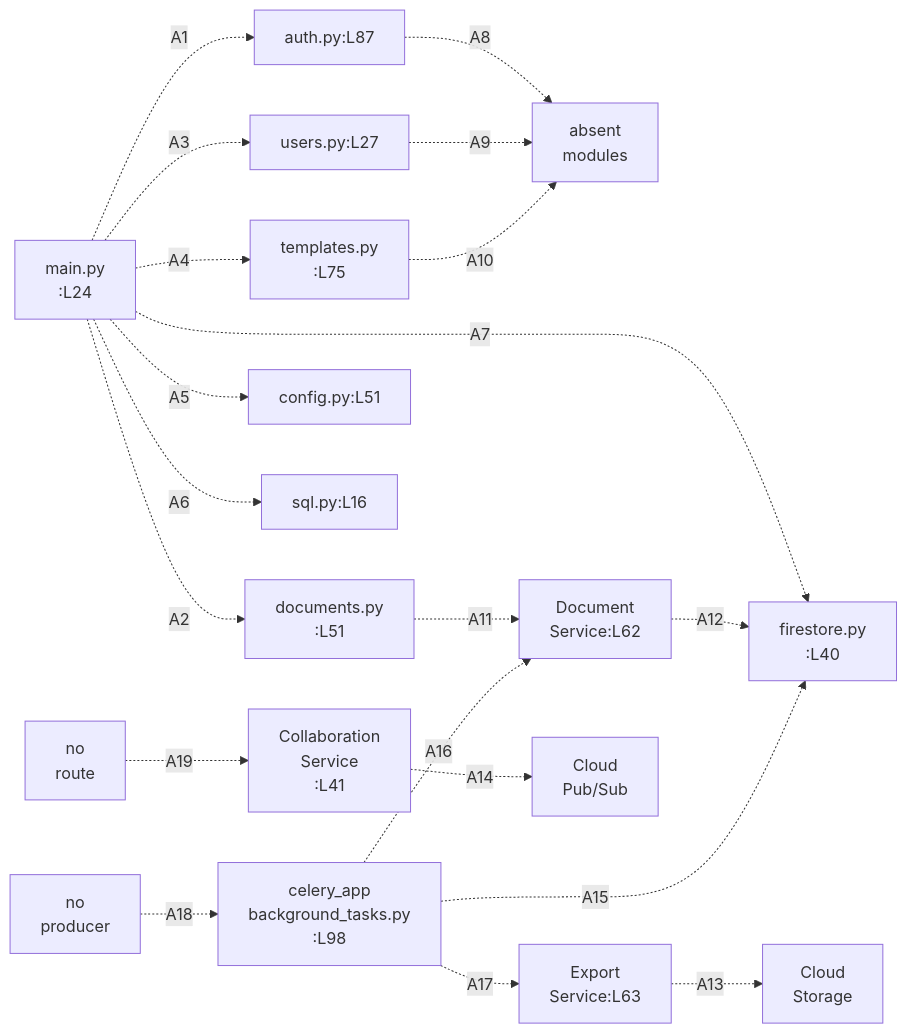
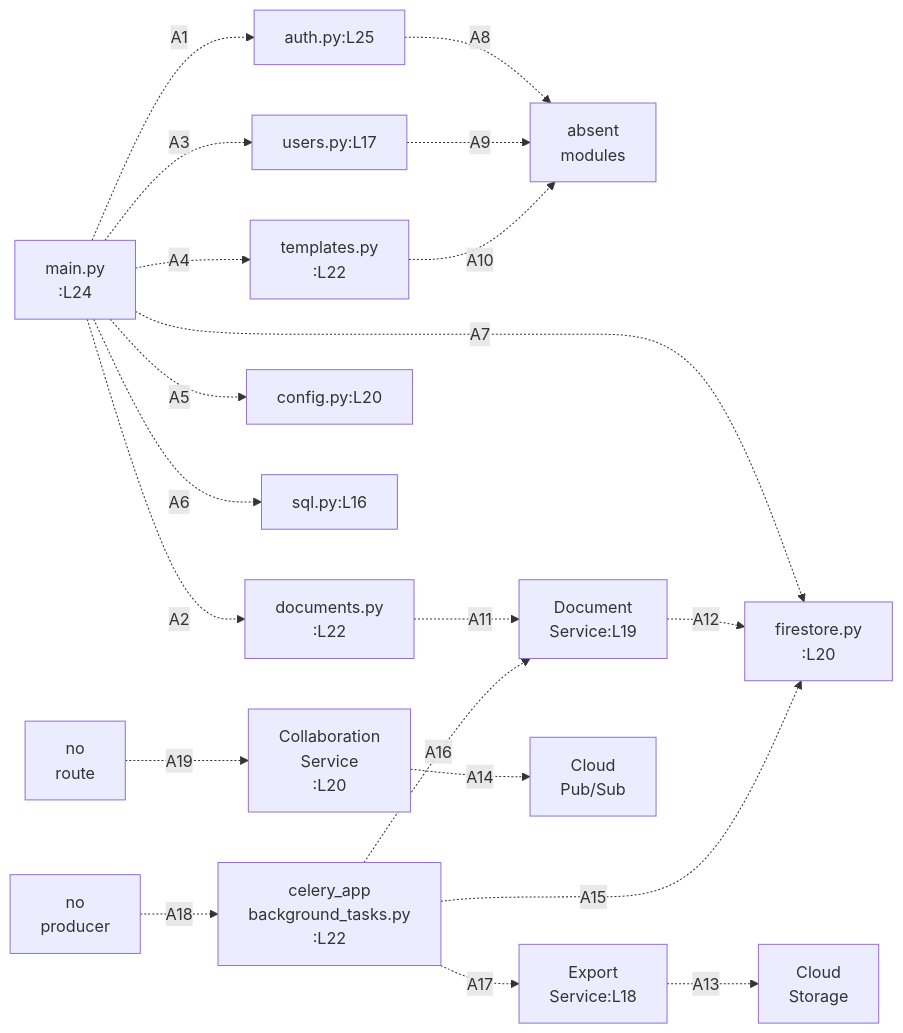
Before and after one commit to blitzy-public-samples/microsoft-word-u33ko0: the diagram in backend/app/README.md, drawn with Mermaid. The commit also changed other lines of this file and 69 other files, not shown here.

````diff
--- a/backend/app/README.md
+++ b/backend/app/README.md
@@ -175,48 +188,48 @@
 ```mermaid
 graph LR
     accTitle: The composition root, the four routers, the services and the adapters
-    accDescr: Every edge is dashed because the package import fails at api/auth.py:L81, so no route registers and no client is constructed. Each node names its file and line, and every edge carries a key resolved in the table below the diagram.
+    accDescr: Every edge is dashed because the package import fails at api/auth.py:L19, so no route registers and no client is constructed. Each node names its file and line, and every edge carries a key resolved in the table below the diagram.
     MAIN["main.py<br/>:L24"]
     NOPROD["no<br/>producer"]
     NOROUTE["no<br/>route"]
 
-    AUTH["auth.py:L87"]
-    DOCS["documents.py<br/>:L51"]
-    USERS["users.py:L27"]
-    TMPL["templates.py<br/>:L75"]
-    CFG["config.py:L51"]
+    AUTH["auth.py:L25"]
+    DOCS["documents.py<br/>:L22"]
+    USERS["users.py:L17"]
+    TMPL["templates.py<br/>:L22"]
+    CFG["config.py:L20"]
     SQL["sql.py:L16"]
-    TASKS["celery_app<br/>background_tasks.py<br/>:L98"]
-    CSVC["Collaboration<br/>Service<br/>:L41"]
+    TASKS["celery_app<br/>background_tasks.py<br/>:L22"]
+    CSVC["Collaboration<br/>Service<br/>:L20"]
 
     ABSENT["absent<br/>modules"]
-    DSVC["Document<br/>Service:L62"]
-    ESVC["Export<br/>Service:L63"]
+    DSVC["Document<br/>Service:L19"]
+    ESVC["Export<br/>Service:L18"]
 
-    FS["firestore.py<br/>:L40"]
+    FS["firestore.py<br/>:L20"]
     STORE["Cloud<br/>Storage"]
     PUBSUB["Cloud<br/>Pub/Sub"]
 
     MAIN -.->|"A1"| AUTH
     MAIN -.->|"A2"| DOCS
     MAIN -.->|"A3"| USERS
     MAIN -.->|"A4"| TMPL
     MAIN -.->|"A5"| CFG
     MAIN -.->|"A6"| SQL
     MAIN -.->|"A7"| FS
     AUTH -.->|"A8"| ABSENT
     USERS -.->|"A9"| ABSENT
     TMPL -.->|"A10"| ABSENT
     DOCS -.->|"A11"| DSVC
     DSVC -.->|"A12"| FS
     ESVC -.->|"A13"| STORE
     CSVC -.->|"A14"| PUBSUB
     TASKS -.->|"A15"| FS
     TASKS -.->|"A16"| DSVC
     TASKS -.->|"A17"| ESVC
     NOPROD -.->|"A18"| TASKS
     NOROUTE -.->|"A19"| CSVC
 
-%% Every edge above is dashed: package import fails at api/auth.py:L81, so no route
+%% Every edge above is dashed: package import fails at api/auth.py:L19, so no route
 %% registers, no client is ever constructed, and nothing downstream executes.
 ```
````
